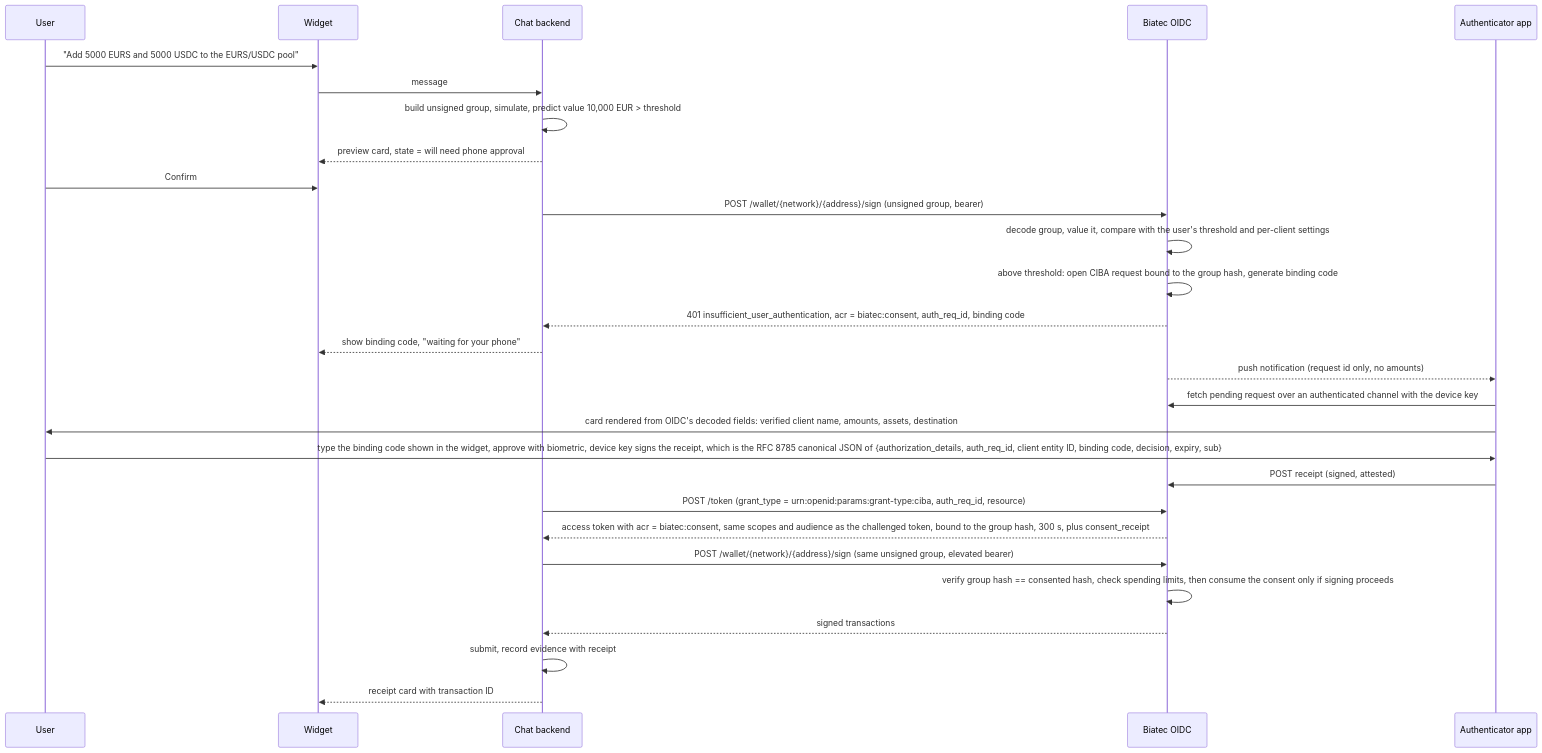
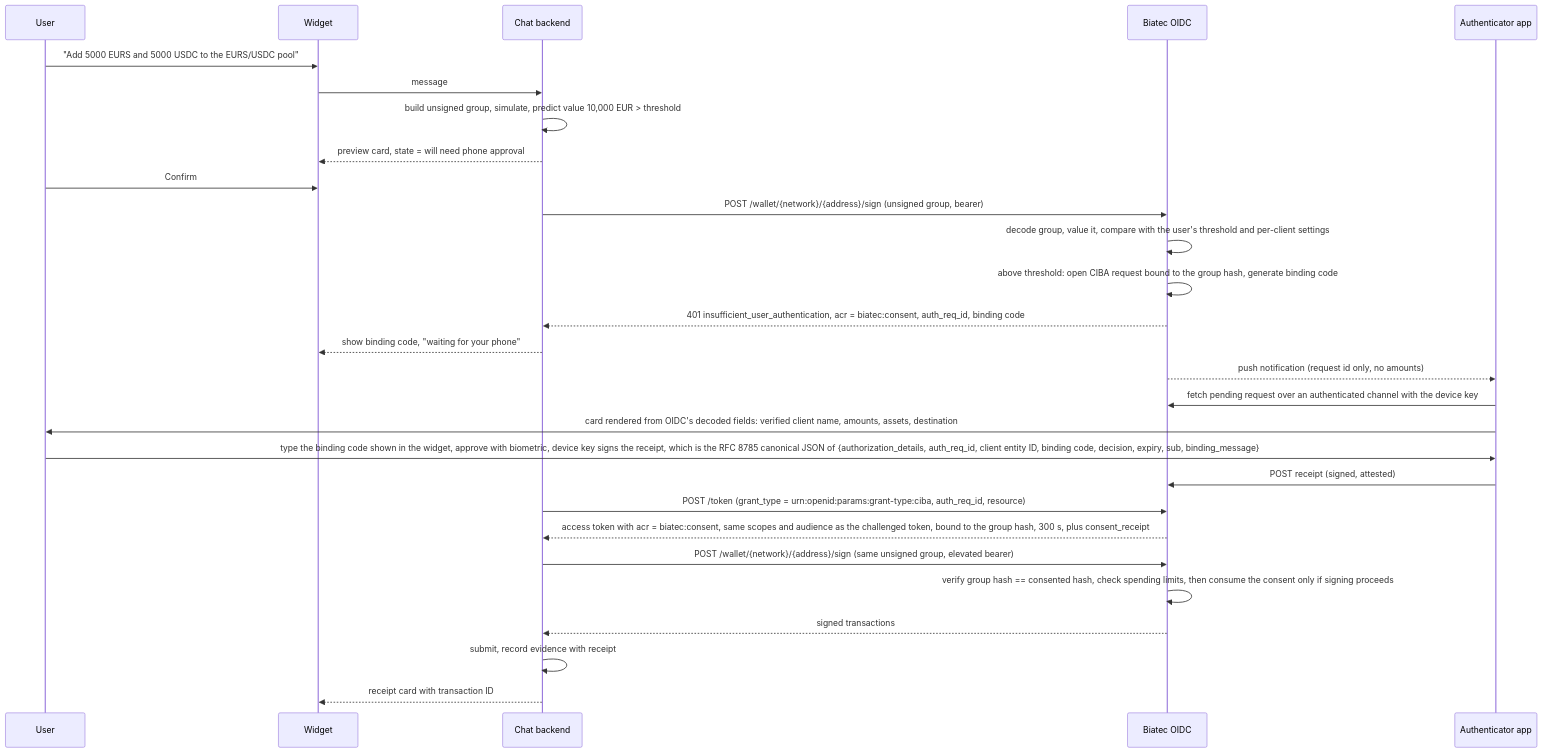
One commit to scholtz/biatec-chat changed the third of 3 diagrams in PRODUCT-DESCRIPTION.md. Above: the diagram before and after it, drawn with Mermaid. The commit also changed other lines of this file, not shown here.

````diff
--- a/PRODUCT-DESCRIPTION.md
+++ b/PRODUCT-DESCRIPTION.md
@@ -410,31 +410,31 @@
 ```mermaid
 sequenceDiagram
     participant U as User
     participant W as Widget
     participant API as Chat backend
     participant O as Biatec OIDC
     participant A as Authenticator app
 
     U->>W: "Add 5000 EURS and 5000 USDC to the EURS/USDC pool"
     W->>API: message
     API->>API: build unsigned group, simulate, predict value 10,000 EUR > threshold
     API-->>W: preview card, state = will need phone approval
     U->>W: Confirm
     API->>O: POST /wallet/{network}/{address}/sign (unsigned group, bearer)
     O->>O: decode group, value it, compare with the user's threshold and per-client settings
     O->>O: above threshold: open CIBA request bound to the group hash, generate binding code
     O-->>API: 401 insufficient_user_authentication, acr = biatec:consent, auth_req_id, binding code
     API-->>W: show binding code, "waiting for your phone"
     O-->>A: push notification (request id only, no amounts)
     A->>O: fetch pending request over an authenticated channel with the device key
     A->>U: card rendered from OIDC's decoded fields: verified client name, amounts, assets, destination
-    U->>A: type the binding code shown in the widget, approve with biometric, device key signs the receipt, which is the RFC 8785 canonical JSON of {authorization_details, auth_req_id, client entity ID, binding code, decision, expiry, sub}
+    U->>A: type the binding code shown in the widget, approve with biometric, device key signs the receipt, which is the RFC 8785 canonical JSON of {authorization_details, auth_req_id, client entity ID, binding code, decision, expiry, sub, binding_message}
     A->>O: POST receipt (signed, attested)
     API->>O: POST /token (grant_type = urn:openid:params:grant-type:ciba, auth_req_id, resource)
     O-->>API: access token with acr = biatec:consent, same scopes and audience as the challenged token, bound to the group hash, 300 s, plus consent_receipt
     API->>O: POST /wallet/{network}/{address}/sign (same unsigned group, elevated bearer)
     O->>O: verify group hash == consented hash, check spending limits, then consume the consent only if signing proceeds
     O-->>API: signed transactions
     API->>API: submit, record evidence with receipt
     API-->>W: receipt card with transaction ID
 ```
````
